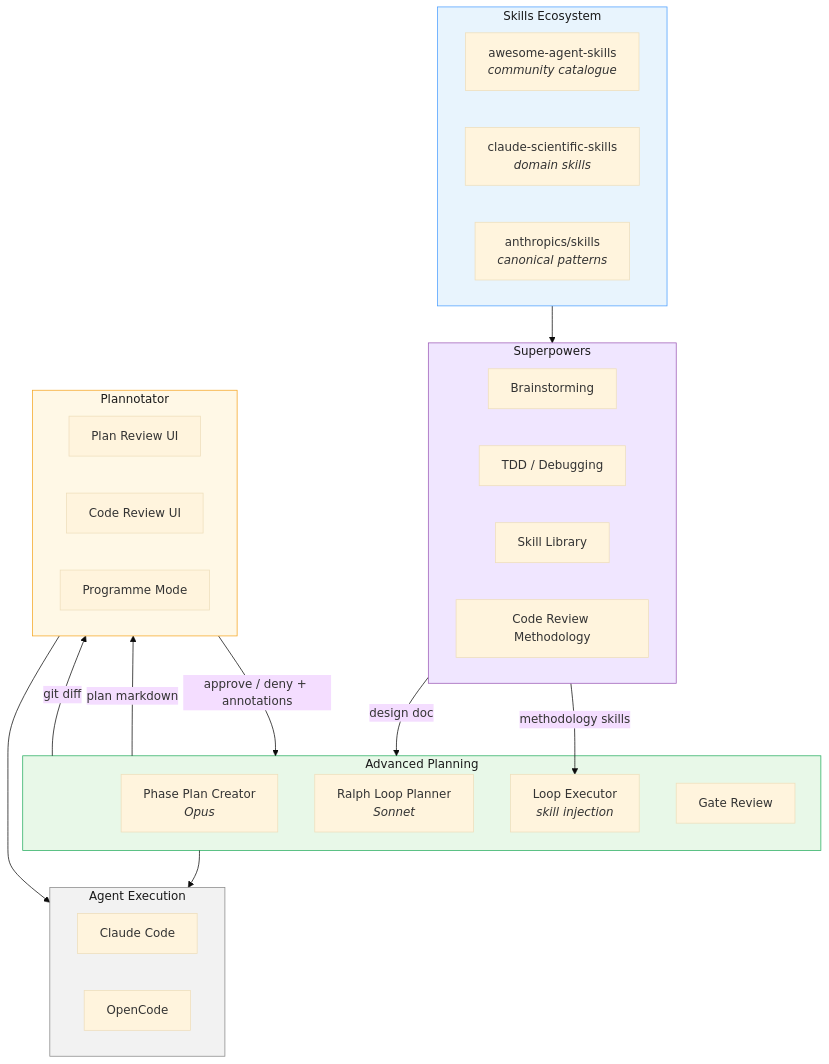
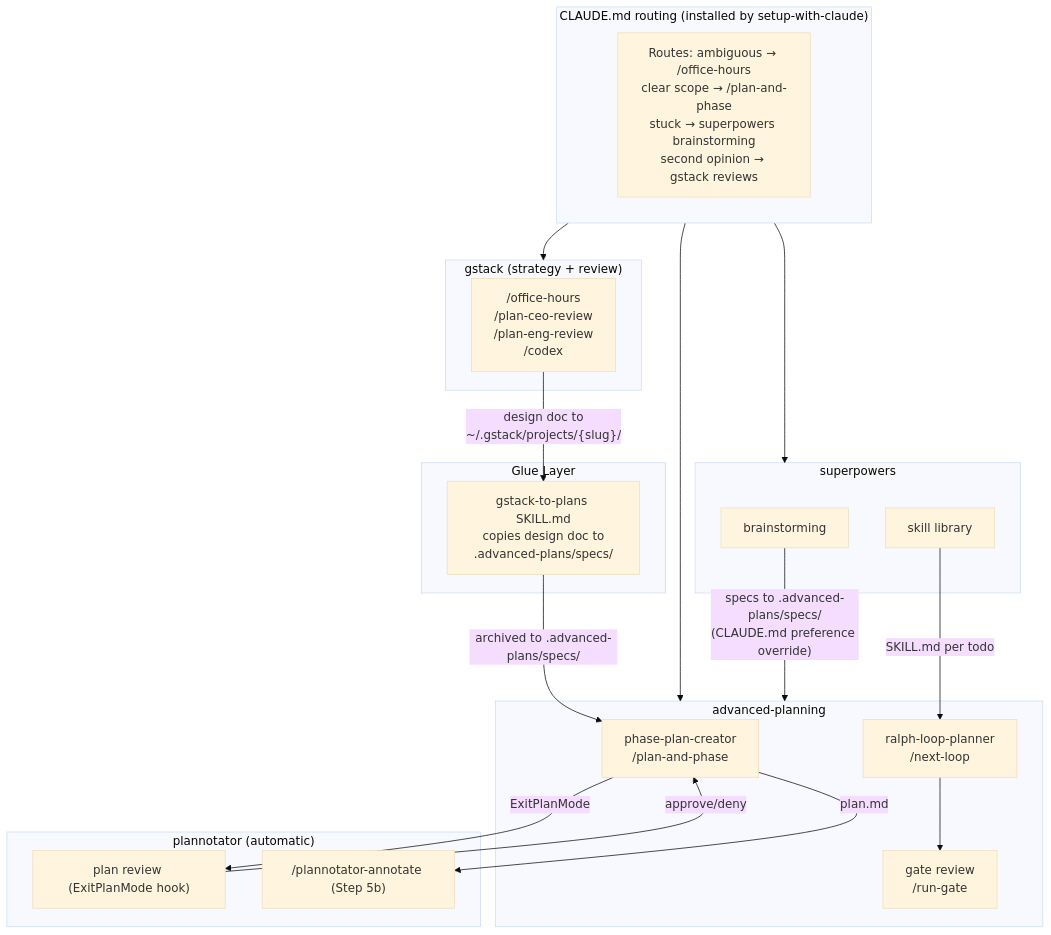
Before and after one commit to MungoHarvey/Advanced-AI-Workflows: the first of 6 diagrams in ARCHITECTURE.md, drawn with Mermaid (base theme). The commit also changed other lines of this file and 6 other files, not shown here.

Commit message:
complete: ralph-loop-003 — five doc rewrites for four-tool framing

````diff
--- a/ARCHITECTURE.md
+++ b/ARCHITECTURE.md
@@ -13,48 +15,52 @@
 ```mermaid
 flowchart TB
-    subgraph Skills["Skills Ecosystem"]
-        AS["awesome-agent-skills<br/><i>community catalogue</i>"]
-        CS["claude-scientific-skills<br/><i>domain skills</i>"]
-        AN["anthropics/skills<br/><i>canonical patterns</i>"]
+    accTitle: Four-Tool System Overview
+    accDescr: gstack at the strategic layer produces design docs; the glue layer copies them into the project; advanced-planning runs execution; plannotator and superpowers provide review and methodology.
+
+    subgraph routing["CLAUDE.md routing (installed by setup-with-claude)"]
+        rt["Routes: ambiguous → /office-hours<br/>clear scope → /plan-and-phase<br/>stuck → superpowers brainstorming<br/>second opinion → gstack reviews"]
     end
 
-    subgraph SP["Superpowers"]
-        BR["Brainstorming"]
-        TDD["TDD / Debugging"]
-        SL["Skill Library"]
-        CR["Code Review Methodology"]
+    subgraph gs["gstack (strategy + review)"]
+        gh["/office-hours<br/>/plan-ceo-review<br/>/plan-eng-review<br/>/codex"]
     end
 
-    subgraph AP["Advanced Planning"]
-        PPC["Phase Plan Creator<br/><i>Opus</i>"]
-        RLP["Ralph Loop Planner<br/><i>Sonnet</i>"]
-        LE["Loop Executor<br/><i>skill injection</i>"]
-        GR["Gate Review"]
+    subgraph gl["Glue Layer"]
+        gtp["gstack-to-plans SKILL.md<br/>copies design doc to<br/>.advanced-plans/specs/"]
     end
 
-    subgraph PN["Plannotator"]
-        PRV["Plan Review UI"]
-        CRV["Code Review UI"]
-        PM["Programme Mode"]
+    subgraph sp["superpowers"]
+        br["brainstorming"]
+        sl["skill library"]
     end
 
-    subgraph AE["Agent Execution"]
-        CC["Claude Code"]
-        OC["OpenCode"]
+    subgraph ap["advanced-planning"]
+        pp["phase-plan-creator<br/>/plan-and-phase"]
+        rl["ralph-loop-planner<br/>/next-loop"]
+        gate["gate review<br/>/run-gate"]
     end
 
-    Skills --> SP
-    SP -->|"design doc"| AP
-    SP -->|"methodology skills"| LE
-    AP -->|"plan markdown"| PN
-    AP -->|"git diff"| PN
-    PN -->|"approve / deny + annotations"| AP
-    AP --> AE
-    PN --> AE
+    subgraph pn["plannotator (automatic)"]
+        prv["plan review (ExitPlanMode hook)"]
+        ann["/plannotator-annotate (Step 5b)"]
+    end
 
-    style Skills fill:#e8f4fd,stroke:#4a9eff,color:#1a1a1a
-    style SP fill:#f0e6ff,stroke:#9b59b6,color:#1a1a1a
-    style AP fill:#e8f8e8,stroke:#27ae60,color:#1a1a1a
-    style PN fill:#fff8e6,stroke:#f5a623,color:#1a1a1a
-    style AE fill:#f2f2f2,stroke:#888,color:#1a1a1a
+    routing --> gs
+    routing --> sp
+    routing --> ap
+    gh -->|"design doc to<br/>~/.gstack/projects/{slug}/"| gtp
+    br -->|"specs to .advanced-plans/specs/<br/>(CLAUDE.md preference override)"| ap
+    gtp -->|"archived to .advanced-plans/specs/"| pp
+    sl -->|"SKILL.md per todo"| rl
+    pp -->|"plan.md"| ann
+    pp -->|"ExitPlanMode"| prv
+    prv -->|"approve/deny"| pp
+    rl --> gate
+
+    classDef routing fill:#f2f2f2,stroke:#888,color:#1a1a1a
+    classDef gstack fill:#dbeafe,stroke:#2563eb,color:#1e3a5f
+    classDef glue fill:#fef3c7,stroke:#d97706,color:#713f12
+    classDef sp fill:#f0e6ff,stroke:#9b59b6,color:#1a1a1a
+    classDef ap fill:#e8f8e8,stroke:#27ae60,color:#1a1a1a
+    classDef pn fill:#fff8e6,stroke:#f5a623,color:#1a1a1a
 ```
````
